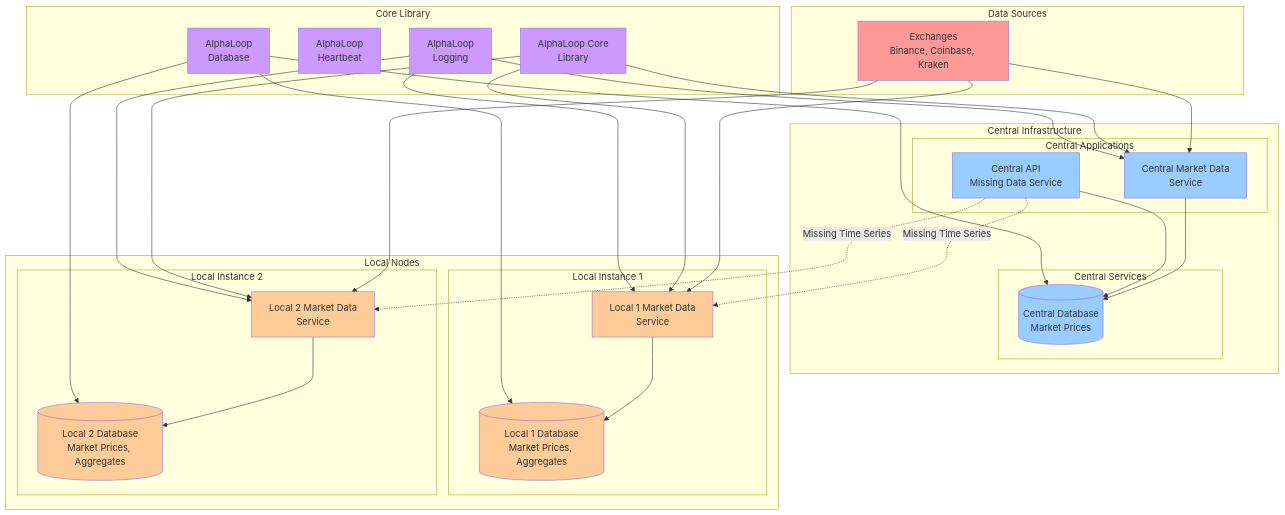
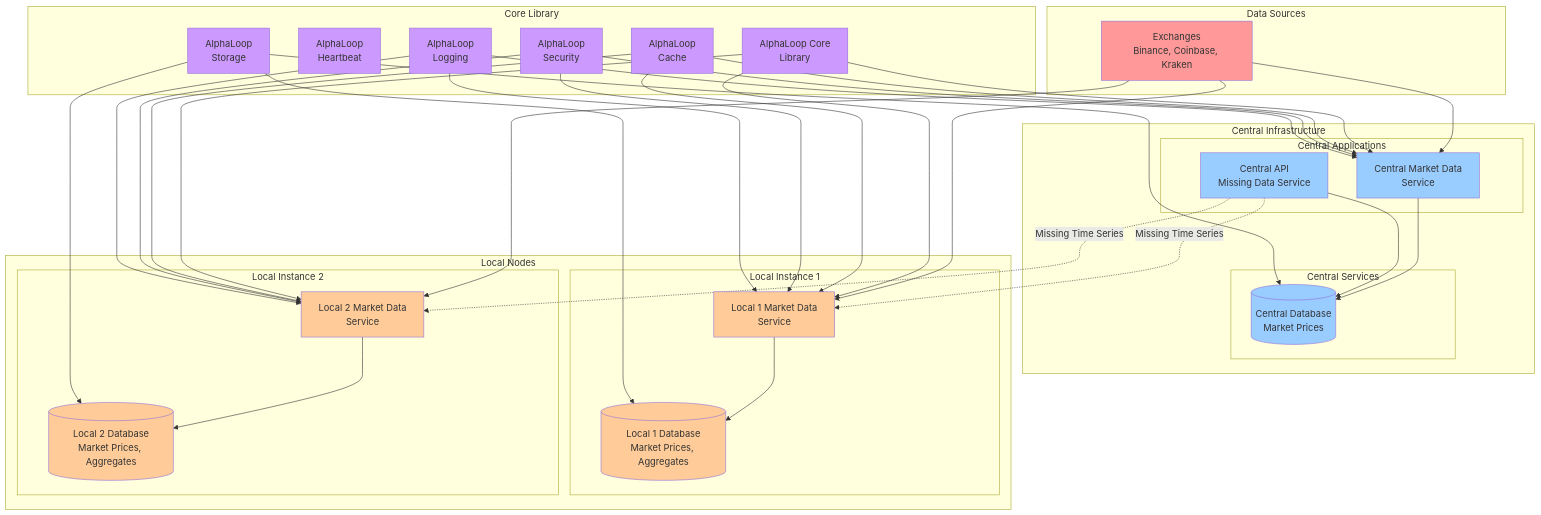
Before and after one commit to alphaloopbot/alphaloop-core: the first of 6 diagrams in docs/architecture/diagrams/system-overview.md, drawn with Mermaid. The commit also changed other lines of this file, not shown here.

Commit message:
docs: update system overview diagrams to include all current packages
- Add alphaloop-security to both system overview diagrams
- Update package references to show current 5 packages:
  * alphaloop-heartbeat (Health Monitoring)
  * alphaloop-logging (Logging & Reporting)
  * alphaloop-security (Encryption & Auth)
  * alphaloop-storage (Data Storage)
  * alphaloop-cache (Caching & Pub/Sub)
- Remove references to deleted alphaloop-database and alphaloop-data
- Update library usage connections to show all package integrations

````diff
--- a/docs/architecture/diagrams/system-overview.md
+++ b/docs/architecture/diagrams/system-overview.md
@@ -38,7 +38,9 @@
     subgraph "Core Library"
         AL[AlphaLoop Core<br/>Library]
         AH[AlphaLoop<br/>Heartbeat]
-        AD[AlphaLoop<br/>Database]
+        ASEC[AlphaLoop<br/>Security]
+        AS[AlphaLoop<br/>Storage]
+        AC[AlphaLoop<br/>Cache]
         ALG[AlphaLoop<br/>Logging]
     end
 
@@ -63,9 +65,15 @@
     AL --> CMD
     AL --> L1_MD
     AL --> L2_MD
-    AD --> CDB
-    AD --> L1_DB
-    AD --> L2_DB
+    AS --> CDB
+    AS --> L1_DB
+    AS --> L2_DB
+    AC --> CMD
+    AC --> L1_MD
+    AC --> L2_MD
+    ASEC --> CMD
+    ASEC --> L1_MD
+    ASEC --> L2_MD
     ALG --> CMD
     ALG --> L1_MD
     ALG --> L2_MD
@@ -79,5 +87,5 @@
     class EX external
     class CDB,CMD,CAPI central
     class L1_MD,L1_DB,L2_MD,L2_DB local
-    class AL,AH,AD,ALG library
+    class AL,AH,ASEC,AS,AC,ALG library
 ```
````
